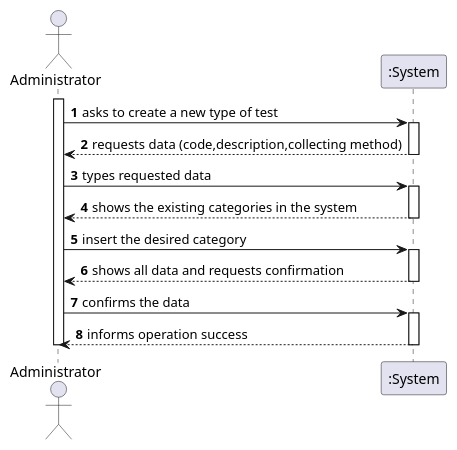
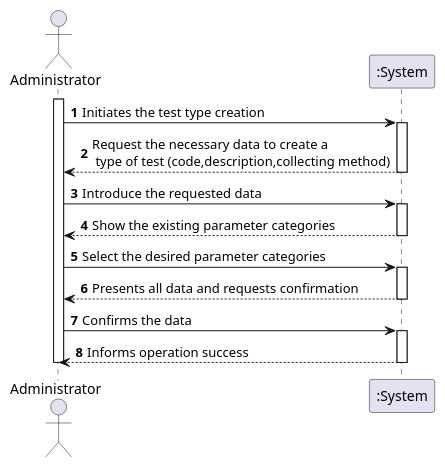
The diagram in docs/SprintB/US09/US09_SSD.puml (manu-07-ela/LAPR2_ISEP), drawn with PlantUML before and after one commit.

Commit message:
Completion of the US9 SSD

```diff
--- a/docs/SprintB/US09/US09_SSD.puml
+++ b/docs/SprintB/US09/US09_SSD.puml
@@ -1,28 +1,28 @@
 @startuml
 autonumber
 actor "Administrator" as Adm
 
 activate Adm
-Adm -> ":System" : asks to create a new type of test
+Adm -> ":System" : Initiates the test type creation
 activate ":System"
-":System" --> Adm : requests data (code,description,collecting method)
+":System" --> Adm : Request the necessary data to create a\n type of test (code,description,collecting method)
 deactivate ":System"
 
-Adm -> ":System" : types requested data
+Adm -> ":System" : Introduce the requested data
 activate ":System"
-":System" --> Adm : shows the existing categories in the system
+":System" --> Adm : Show the existing parameter categories
 deactivate ":System"
 
-Adm -> ":System" : insert the desired category
+Adm -> ":System" : Select the desired parameter categories
 activate ":System"
-":System" --> Adm : shows all data and requests confirmation
+":System" --> Adm : Presents all data and requests confirmation
 deactivate ":System"
 
-Adm -> ":System" : confirms the data
+Adm -> ":System" : Confirms the data
 activate ":System"
-":System" --> Adm : informs operation success
+":System" --> Adm : Informs operation success
 deactivate ":System"
 
 deactivate Adm
 
 @enduml
```
